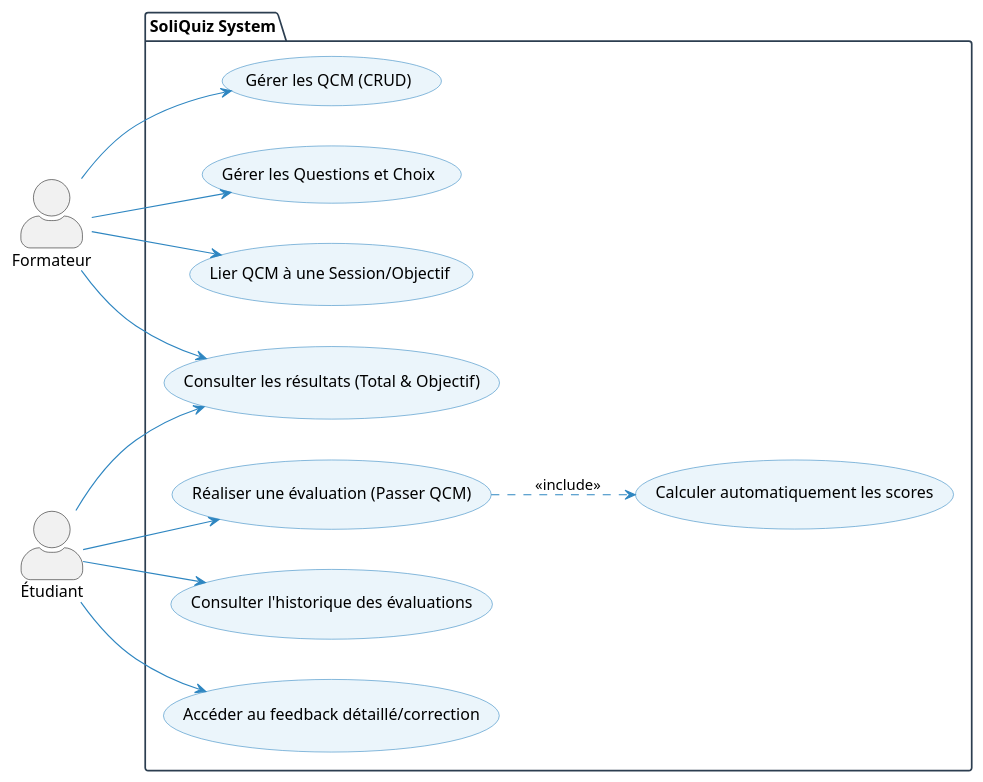
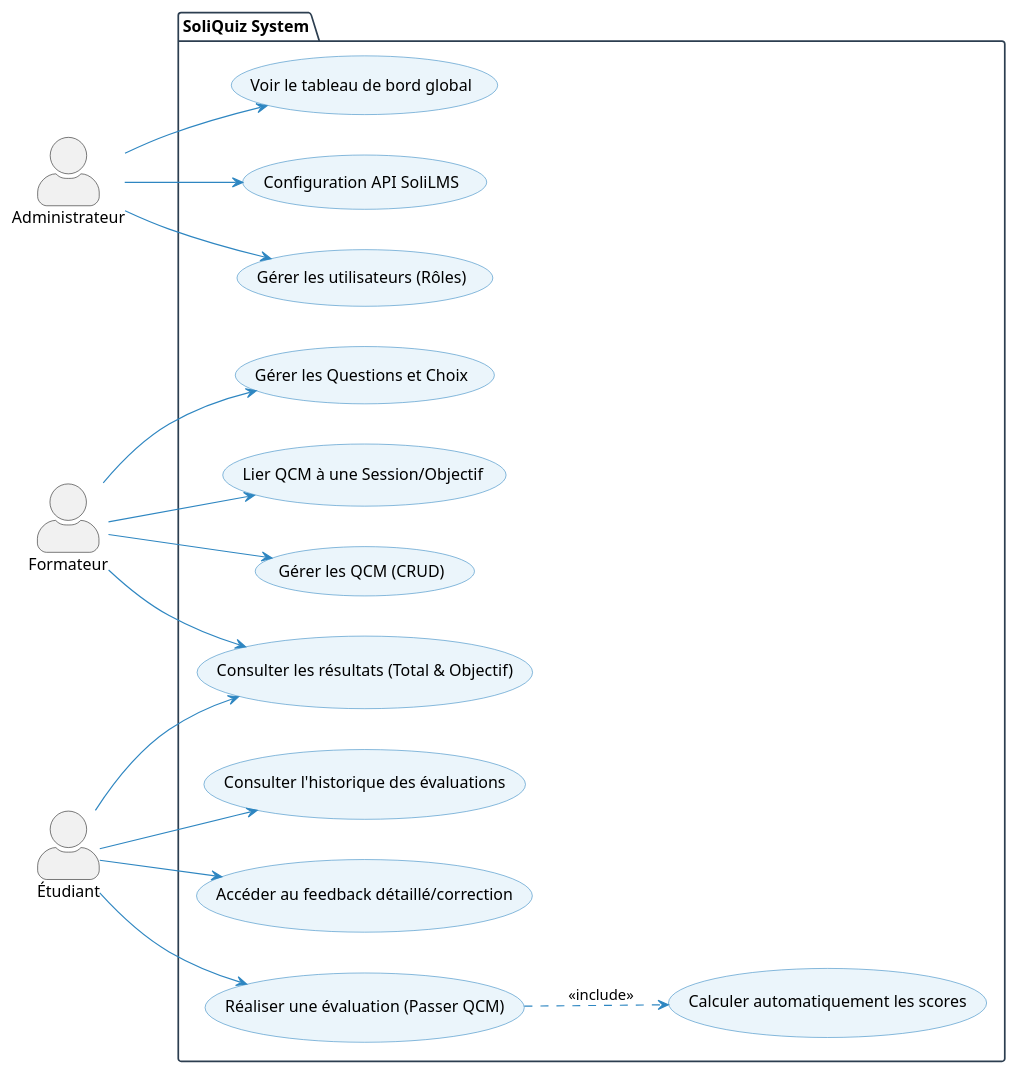
The diagram in cas-utilisation/cas-utilisation-global.puml (SoliQuiz/Analyse), drawn with PlantUML before and after one commit. The commit also changed 11 other files, not shown here.

Commit message:
docs: Add user research, use case diagrams, and sprint definitions.

```diff
--- a/cas-utilisation/cas-utilisation-global.puml
+++ b/cas-utilisation/cas-utilisation-global.puml
@@ -1,41 +1,49 @@
 @startuml
 skinparam actorStyle awesome
 left to right direction
 
 skinparam package {
     BackgroundColor White
     BorderColor #2C3E50
 }
 
 skinparam usecase {
     BackgroundColor #EBF5FB
     BorderColor #2E86C1
     ArrowColor #2E86C1
 }
 
+actor "Administrateur" as A
 actor "Formateur" as F
 actor "Étudiant" as E
 
 package "SoliQuiz System" {
+    usecase "Gérer les utilisateurs (Rôles)" as UC9
+    usecase "Voir le tableau de bord global" as UC10
+    usecase "Configuration API SoliLMS" as UC11
     usecase "Gérer les QCM (CRUD)" as UC1
     usecase "Gérer les Questions et Choix" as UC2
     usecase "Lier QCM à une Session/Objectif" as UC3
     usecase "Réaliser une évaluation (Passer QCM)" as UC4
     usecase "Calculer automatiquement les scores" as UC6
     usecase "Consulter les résultats (Total & Objectif)" as UC5
     usecase "Consulter l'historique des évaluations" as UC7
     usecase "Accéder au feedback détaillé/correction" as UC8
 }
+
+A --> UC9
+A --> UC10
+A --> UC11
 
 F --> UC1
 F --> UC2
 F --> UC3
 F --> UC5
 
 E --> UC4
 E --> UC5
 E --> UC7
 E --> UC8
 
 UC4 ..> UC6 : <<include>>
 @enduml
```
